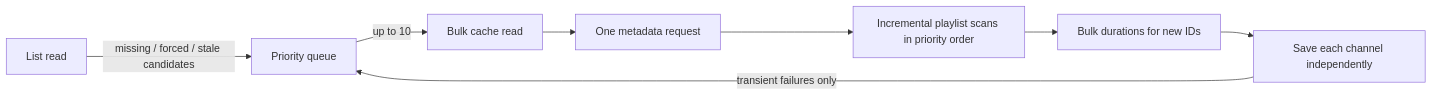
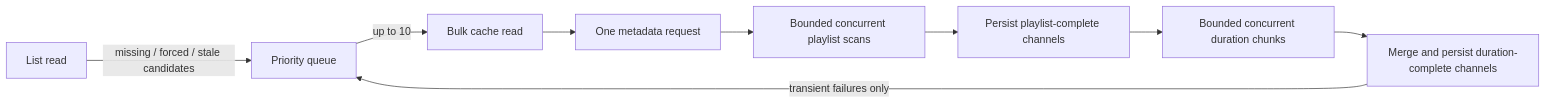
One commit to ppaskaris/subscriptiond changed the diagram in docs/youtube-sync-design.md. Above: the diagram before and after it, drawn with Mermaid. The commit also changed other lines of this file and 21 other files, not shown here.

````diff
--- a/docs/youtube-sync-design.md
+++ b/docs/youtube-sync-design.md
@@ -233,10 +245,11 @@
 ```mermaid
 flowchart LR
     A[List read] -->|missing / forced / stale candidates| B[Priority queue]
     B -->|up to 10| C[Bulk cache read]
     C --> D[One metadata request]
-    D --> E[Incremental playlist scans in priority order]
-    E --> F[Bulk durations for new IDs]
-    F --> G[Save each channel independently]
-    G -->|transient failures only| B
+    D --> E[Bounded concurrent playlist scans]
+    E --> F[Persist playlist-complete channels]
+    F --> G[Bounded concurrent duration chunks]
+    G --> H[Merge and persist duration-complete channels]
+    H -->|transient failures only| B
 ```
````
